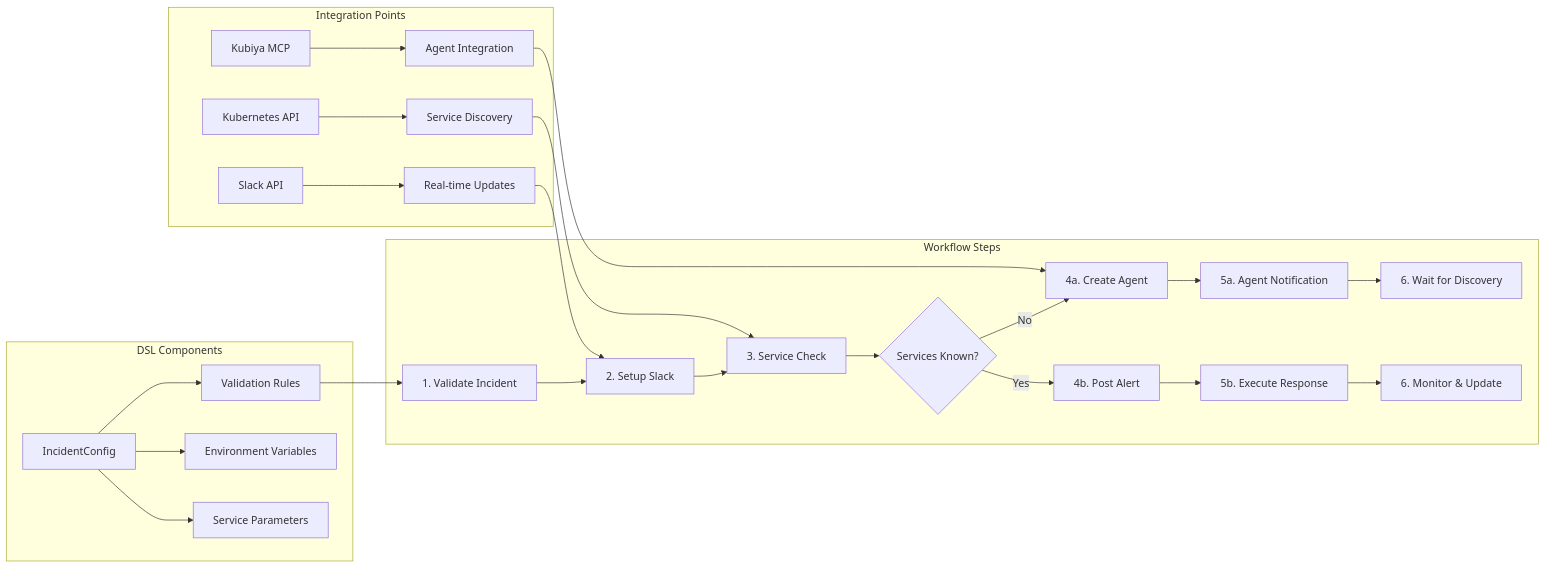
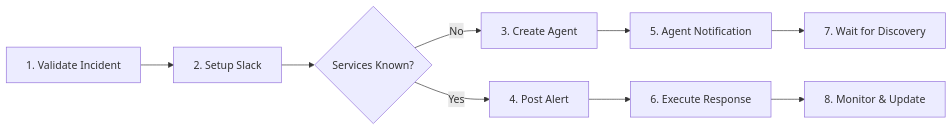
The second of 3 diagrams in README.md (kubiyabot/incident-response-demo), drawn with Mermaid before and after one commit. The commit also changed other lines of this file, not shown here.

First line of the commit message:
fix: Fix Mermaid diagram syntax and improve rendering

````diff
--- a/README.md
+++ b/README.md
@@ -87,31 +63,11 @@
 ```mermaid
-graph LR
-    subgraph "DSL Components"
-        A[IncidentConfig] --> B[Validation Rules]
-        A --> C[Environment Variables]
-        A --> D[Service Parameters]
-    end
-    
-    subgraph "Workflow Steps"
-        E[1. Validate Incident] --> F[2. Setup Slack]
-        F --> G[3. Service Check]
-        G --> H{Services Known?}
-        H -->|No| I[4a. Create Agent]
-        H -->|Yes| J[4b. Post Alert]
-        I --> K[5a. Agent Notification]
-        J --> L[5b. Execute Response]
-        K --> M[6. Wait for Discovery]
-        L --> N[6. Monitor & Update]
-    end
-    
-    subgraph "Integration Points"
-        O[Kubernetes API] --> P[Service Discovery]
-        Q[Slack API] --> R[Real-time Updates]
-        S[Kubiya MCP] --> T[Agent Integration]
-    end
-    
-    B --> E
-    P --> G
-    R --> F
-    T --> I
+flowchart LR
+    A[1. Validate Incident] --> B[2. Setup Slack]
+    B --> C{Services Known?}
+    C -->|No| D[3. Create Agent]
+    C -->|Yes| E[4. Post Alert]
+    D --> F[5. Agent Notification]
+    E --> G[6. Execute Response]
+    F --> H[7. Wait for Discovery]
+    G --> I[8. Monitor & Update]
 ```
````
